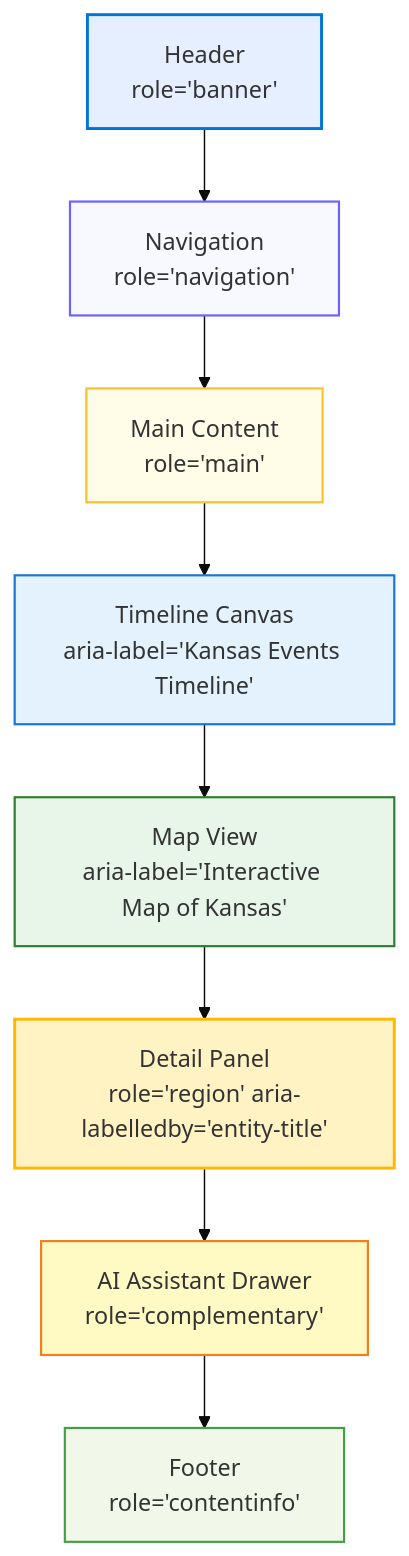
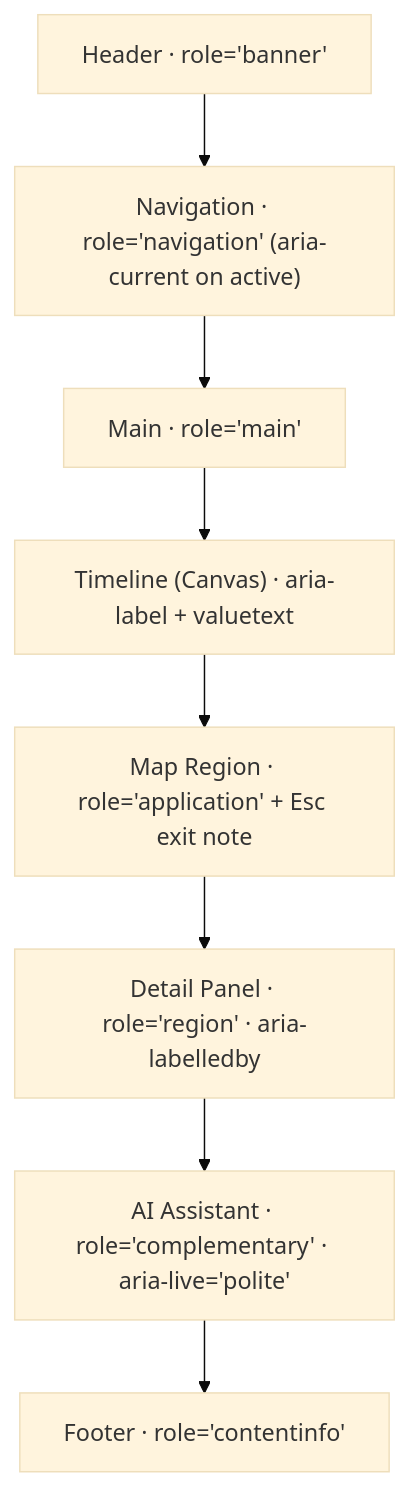
The diagram in docs/design/reviews/accessibility/screen_reader.md (bartytime4life/Kansas-Frontier-Matrix), drawn with Mermaid (base theme) before and after one commit. The commit also changed other lines of this file, not shown here.

`````diff
--- a/docs/design/reviews/accessibility/screen_reader.md
+++ b/docs/design/reviews/accessibility/screen_reader.md
@@ -98,21 +175,10 @@
 ```mermaid
 flowchart TD
-  A["Header\nrole='banner'"] --> B["Navigation\nrole='navigation'"]
-  B --> C["Main Content\nrole='main'"]
-  C --> D["Timeline Canvas\naria-label='Kansas Events Timeline'"]
-  D --> E["Map View\naria-label='Interactive Map of Kansas'"]
-  E --> F["Detail Panel\nrole='region' aria-labelledby='entity-title'"]
-  F --> G["AI Assistant Drawer\nrole='complementary'"]
-  G --> H["Footer\nrole='contentinfo'"]
-
-  style A fill:#E6EFFF,stroke:#0074D9,stroke-width:2px
-  style B fill:#F8F8FF,stroke:#6C63FF,stroke-width:1.5px
-  style C fill:#FFFDE7,stroke:#FBC02D,stroke-width:1.5px
-  style D fill:#E3F2FD,stroke:#1976D2,stroke-width:1.5px
-  style E fill:#E8F5E9,stroke:#2E7D32,stroke-width:1.5px
-  style F fill:#FFF3C4,stroke:#FFB700,stroke-width:2px
-  style G fill:#FFF9C4,stroke:#F57F17,stroke-width:1.5px
-  style H fill:#F1F8E9,stroke:#43A047,stroke-width:1.5px
-
-  %% END OF MERMAID
-````
+  A["Header · role='banner'"] --> B["Navigation · role='navigation' (aria-current on active)"]
+  B --> C["Main · role='main'"]
+  C --> D["Timeline (Canvas) · aria-label + valuetext"]
+  D --> E["Map Region · role='application' + Esc exit note"]
+  E --> F["Detail Panel · role='region' · aria-labelledby"]
+  F --> G["AI Assistant · role='complementary' · aria-live='polite'"]
+  G --> H["Footer · role='contentinfo'"]
+```
`````
